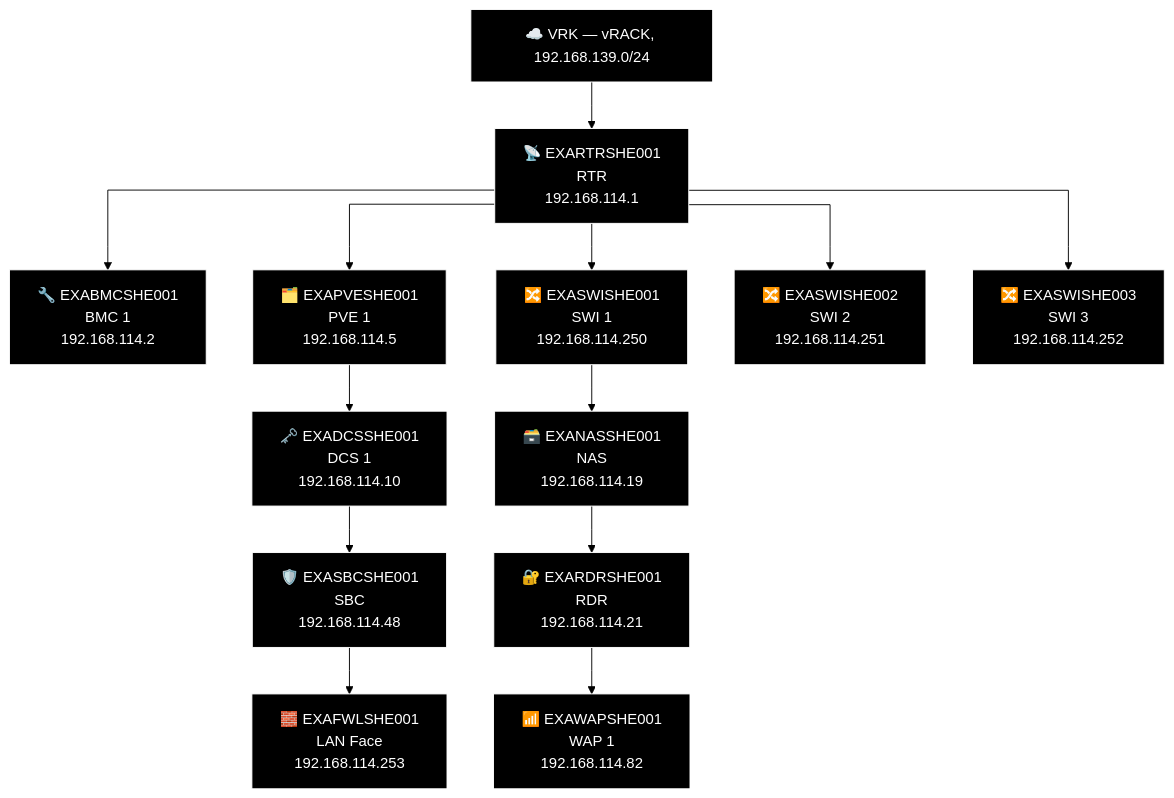
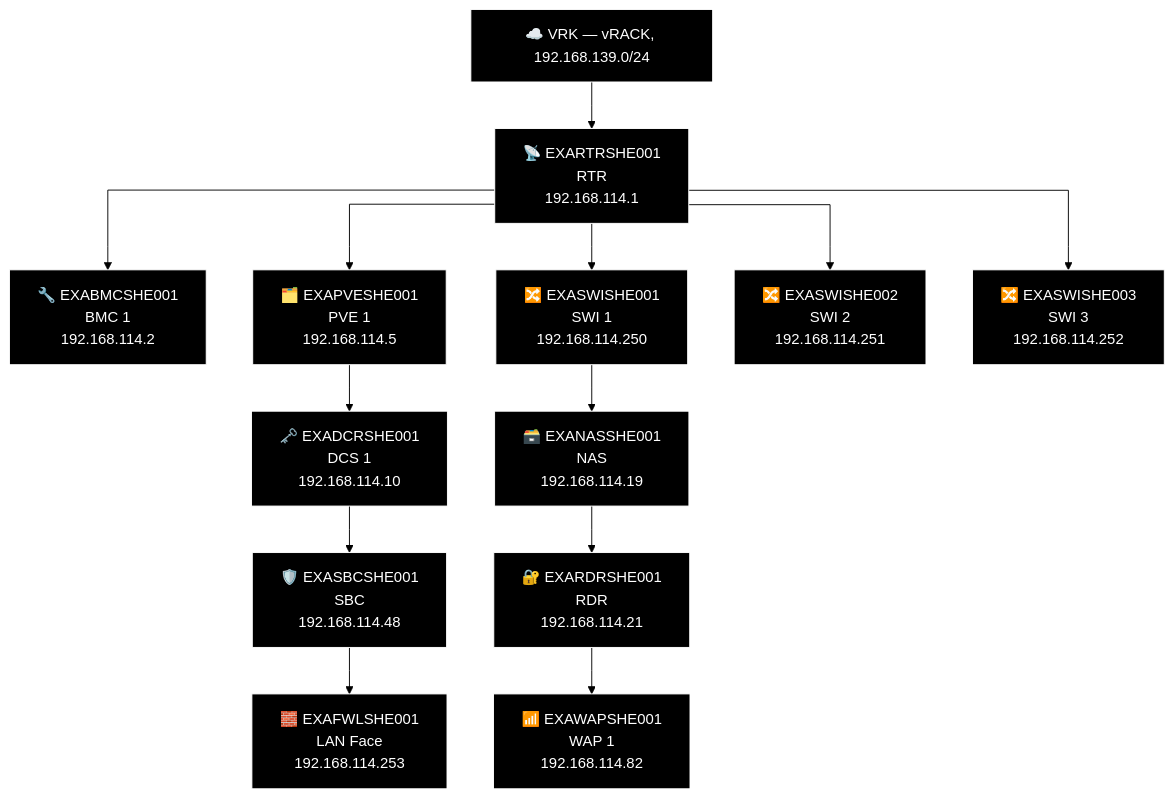
Diagram 18 of 27 in docs/network-diagram/england.md (knightmare2600/example_music_infra), drawn with Mermaid (forest theme) before and after one commit. The commit also changed other lines of this file and 8 other files, not shown here.

````diff
--- a/docs/network-diagram/england.md
+++ b/docs/network-diagram/england.md
@@ -879,40 +864,40 @@
 ```mermaid
 %% GENERATED:TOPOLOGY:SHE:START
 %%{init: {'flowchart': {'curve': 'stepAfter'}}}%%
 graph TD
     T_VRK["☁️ VRK — vRACK, 192.168.139.0/24"]
     T_RTR["📡 EXARTRSHE001<br/>RTR<br/>192.168.114.1"]
     T_VRK --> T_RTR
     T_BMC["🔧 EXABMCSHE001<br/>BMC 1<br/>192.168.114.2"]
     T_RTR --> T_BMC
     T_PVE["🗂️ EXAPVESHE001<br/>PVE 1<br/>192.168.114.5"]
     T_RTR --> T_PVE
     T_SWI["🔀 EXASWISHE001<br/>SWI 1<br/>192.168.114.250"]
     T_RTR --> T_SWI
     T_SWI2["🔀 EXASWISHE002<br/>SWI 2<br/>192.168.114.251"]
     T_RTR --> T_SWI2
     T_SWI3["🔀 EXASWISHE003<br/>SWI 3<br/>192.168.114.252"]
     T_RTR --> T_SWI3
     T_NAS["🗃️ EXANASSHE001<br/>NAS<br/>192.168.114.19"]
     T_RDR["🔐 EXARDRSHE001<br/>RDR<br/>192.168.114.21"]
     T_WAP["📶 EXAWAPSHE001<br/>WAP 1<br/>192.168.114.82"]
     T_SWI --> T_NAS --> T_RDR --> T_WAP
-    T_DCS["🗝️ EXADCSSHE001<br/>DCS 1<br/>192.168.114.10"]
+    T_DCS["🗝️ EXADCRSHE001<br/>DCS 1<br/>192.168.114.10"]
     T_SBC["🛡️ EXASBCSHE001<br/>SBC<br/>192.168.114.48"]
     T_FWL["🧱 EXAFWLSHE001<br/>LAN Face<br/>192.168.114.253"]
     T_PVE --> T_DCS --> T_SBC --> T_FWL
     style T_VRK fill:#000000,stroke:#FFFFFF,color:#FFFFFF
     style T_RTR fill:#000000,stroke:#FFFFFF,color:#FFFFFF
     style T_BMC fill:#000000,stroke:#FFFFFF,color:#FFFFFF
     style T_PVE fill:#000000,stroke:#FFFFFF,color:#FFFFFF
     style T_SWI fill:#000000,stroke:#FFFFFF,color:#FFFFFF
     style T_SWI2 fill:#000000,stroke:#FFFFFF,color:#FFFFFF
     style T_SWI3 fill:#000000,stroke:#FFFFFF,color:#FFFFFF
     style T_NAS fill:#000000,stroke:#FFFFFF,color:#FFFFFF
     style T_RDR fill:#000000,stroke:#FFFFFF,color:#FFFFFF
     style T_WAP fill:#000000,stroke:#FFFFFF,color:#FFFFFF
     style T_DCS fill:#000000,stroke:#FFFFFF,color:#FFFFFF
     style T_SBC fill:#000000,stroke:#FFFFFF,color:#FFFFFF
     style T_FWL fill:#000000,stroke:#FFFFFF,color:#FFFFFF
 %% GENERATED:TOPOLOGY:SHE:END
 ```
````
